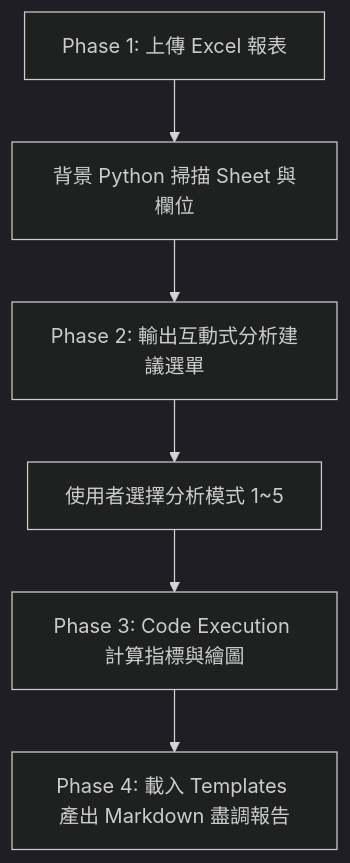
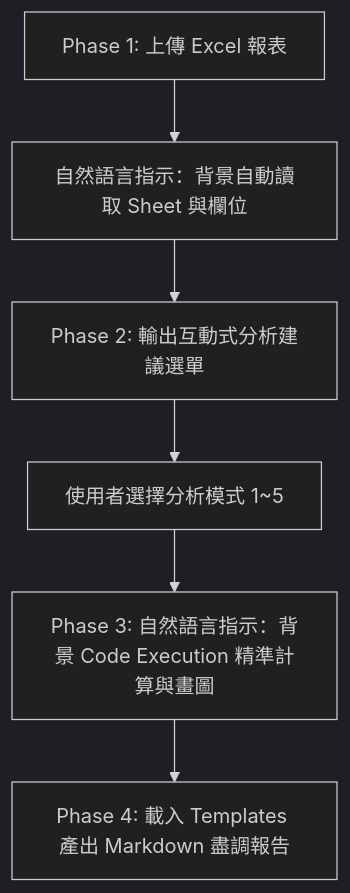
Before and after one commit to roberthsu2003/workflow-productivity: the diagram in Claude_ai/Skills/VC_Financial_Analyzer/SKILL.md, drawn with Mermaid (dark theme). The commit also changed other lines of this file and 1 other file, not shown here.

````diff
--- a/Claude_ai/Skills/VC_Financial_Analyzer/SKILL.md
+++ b/Claude_ai/Skills/VC_Financial_Analyzer/SKILL.md
@@ -40,8 +25,8 @@
 ```mermaid
 graph TD
-    A[Phase 1: 上傳 Excel 報表] --> B[背景 Python 掃描 Sheet 與欄位]
+    A[Phase 1: 上傳 Excel 報表] --> B[自然語言指示：背景自動讀取 Sheet 與欄位]
     B --> C[Phase 2: 輸出互動式分析建議選單]
     C --> D[使用者選擇分析模式 1~5]
-    D --> E[Phase 3: Code Execution 計算指標與繪圖]
+    D --> E[Phase 3: 自然語言指示：背景 Code Execution 精準計算與畫圖]
     E --> F[Phase 4: 載入 Templates 產出 Markdown 盡調報告]
 ```
````
